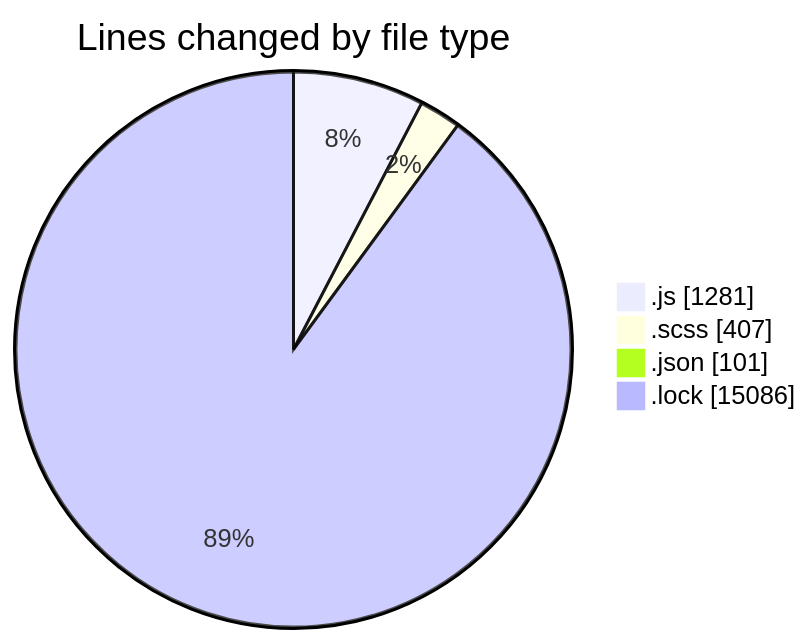
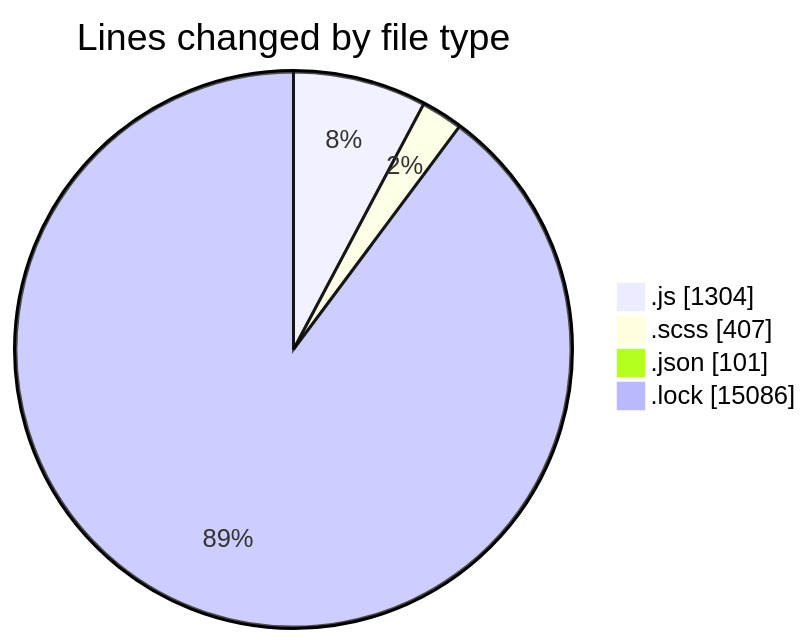
One commit to momahboobian/code-tracking changed the first of 2 diagrams in 2026-01-05/cda/README.md. Above: the diagram before and after it, drawn with Mermaid. The commit also changed other lines of this file and 1 other file, not shown here.

````diff
--- a/2026-01-05/cda/README.md
+++ b/2026-01-05/cda/README.md
@@ -34,8 +35,8 @@
 ```mermaid
 pie showData
 title Lines changed by file type
-".js" : 1281
+".js" : 1304
 ".scss" : 407
 ".json" : 101
 ".lock" : 15086
 ```
````
